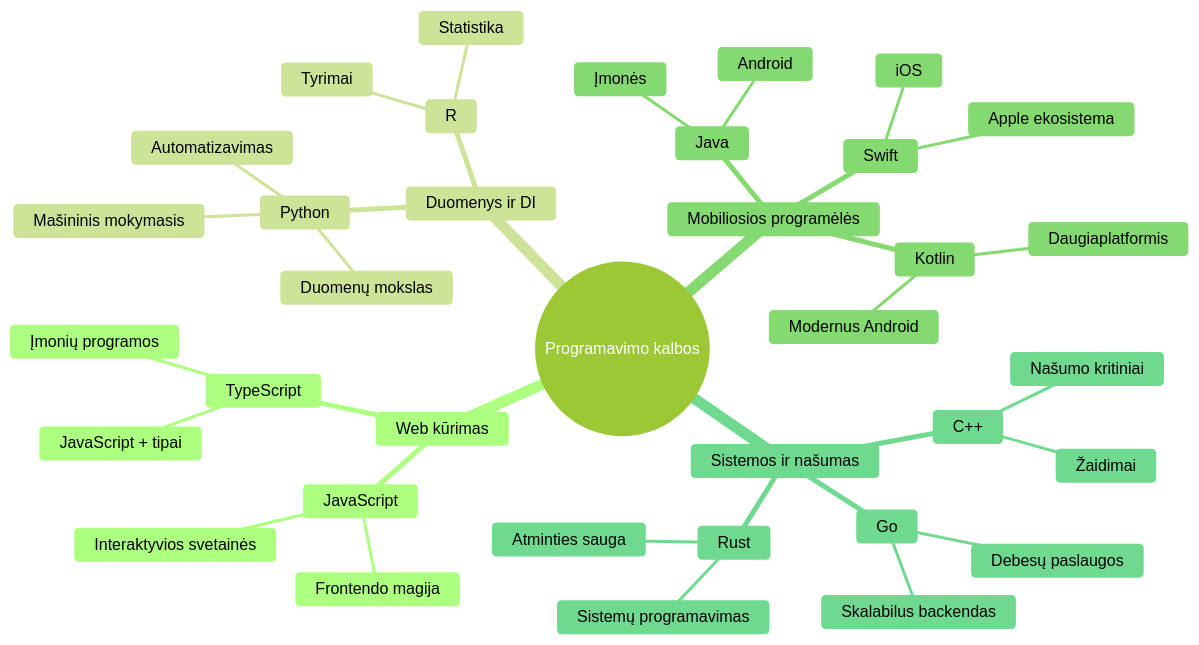
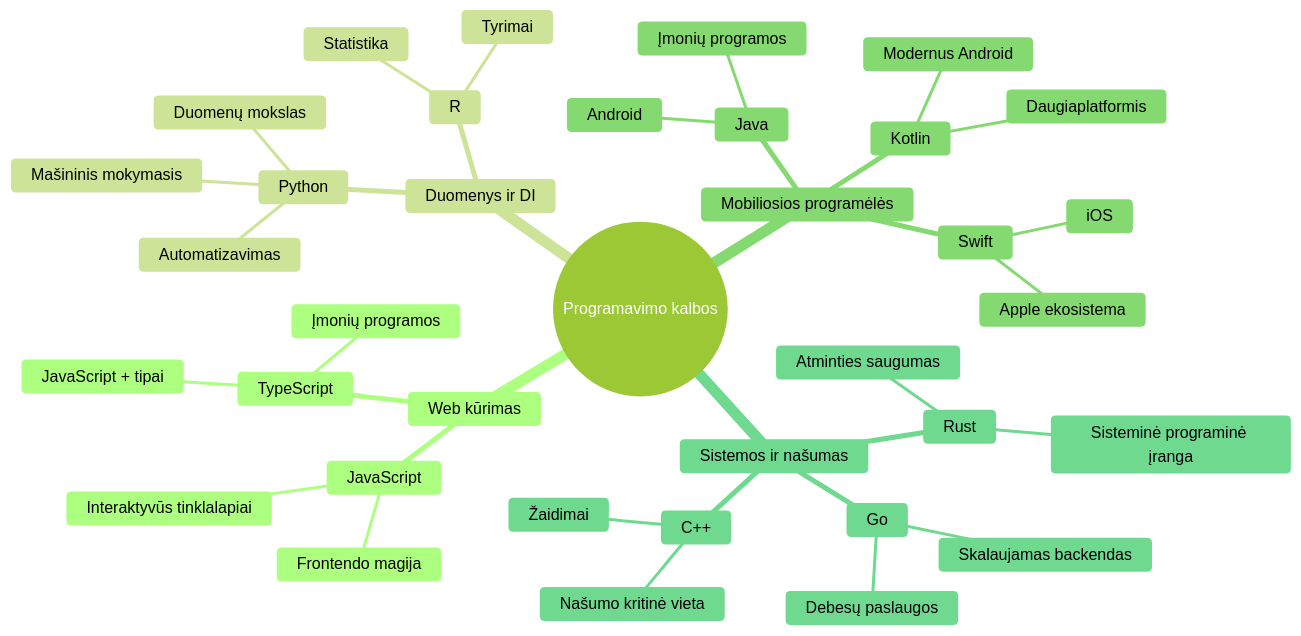
Before and after one commit to microsoft/Web-Dev-For-Beginners: the second of 7 diagrams in translations/lt/1-getting-started-lessons/1-intro-to-programming-languages/README.md, drawn with Mermaid (forest theme). The commit also changed other lines of this file and 11 other files, not shown here.

````diff
--- a/translations/lt/1-getting-started-lessons/1-intro-to-programming-languages/README.md
+++ b/translations/lt/1-getting-started-lessons/1-intro-to-programming-languages/README.md
@@ -85,39 +85,39 @@
 ```mermaid
 mindmap
   root((Programavimo kalbos))
     Web kūrimas
       JavaScript
         Frontendo magija
-        Interaktyvios svetainės
+        Interaktyvūs tinklalapiai
       TypeScript
         JavaScript + tipai
         Įmonių programos
     Duomenys ir DI
       Python
         Duomenų mokslas
         Mašininis mokymasis
         Automatizavimas
       R
         Statistika
         Tyrimai
     Mobiliosios programėlės
       Java
         Android
-        Įmonės
+        Įmonių programos
       Swift
         iOS
         Apple ekosistema
       Kotlin
         Modernus Android
         Daugiaplatformis
     Sistemos ir našumas
       C++
         Žaidimai
-        Našumo kritiniai
+        Našumo kritinė vieta
       Rust
-        Atminties sauga
-        Sistemų programavimas
+        Atminties saugumas
+        Sisteminė programinė įranga
       Go
         Debesų paslaugos
-        Skalabilus backendas
+        Skalaujamas backendas
 ```
````
